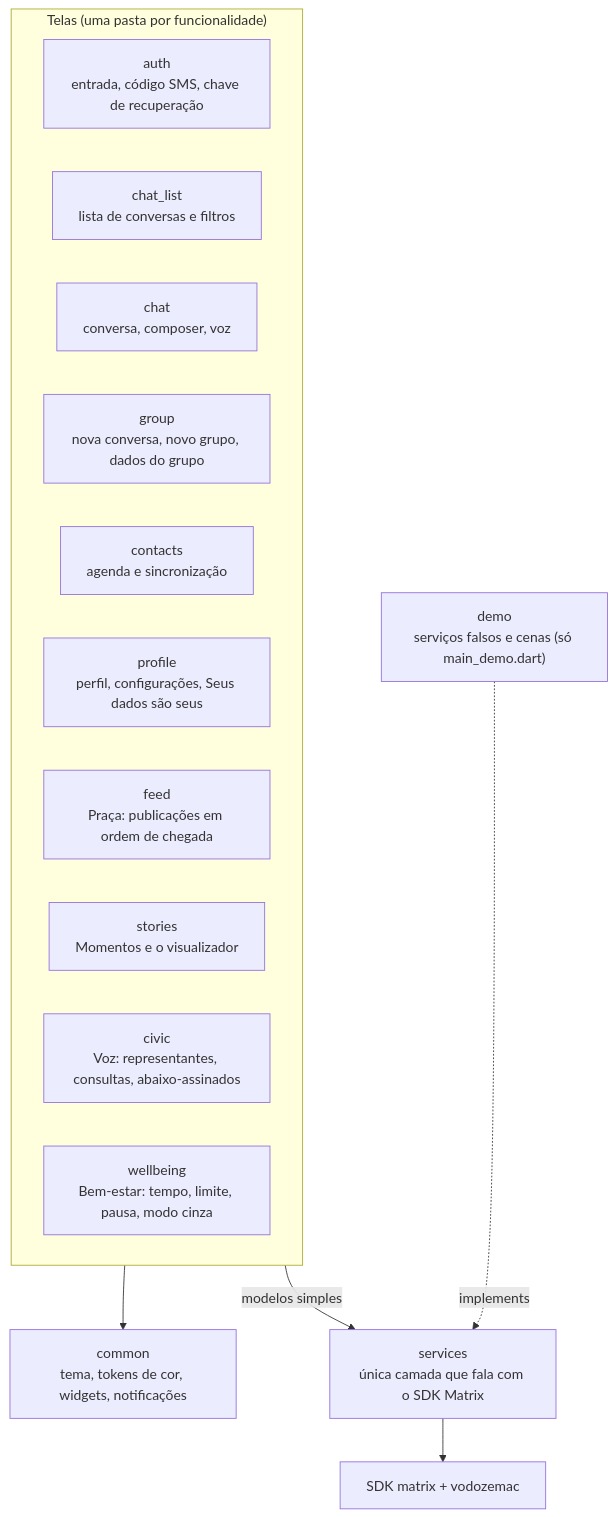
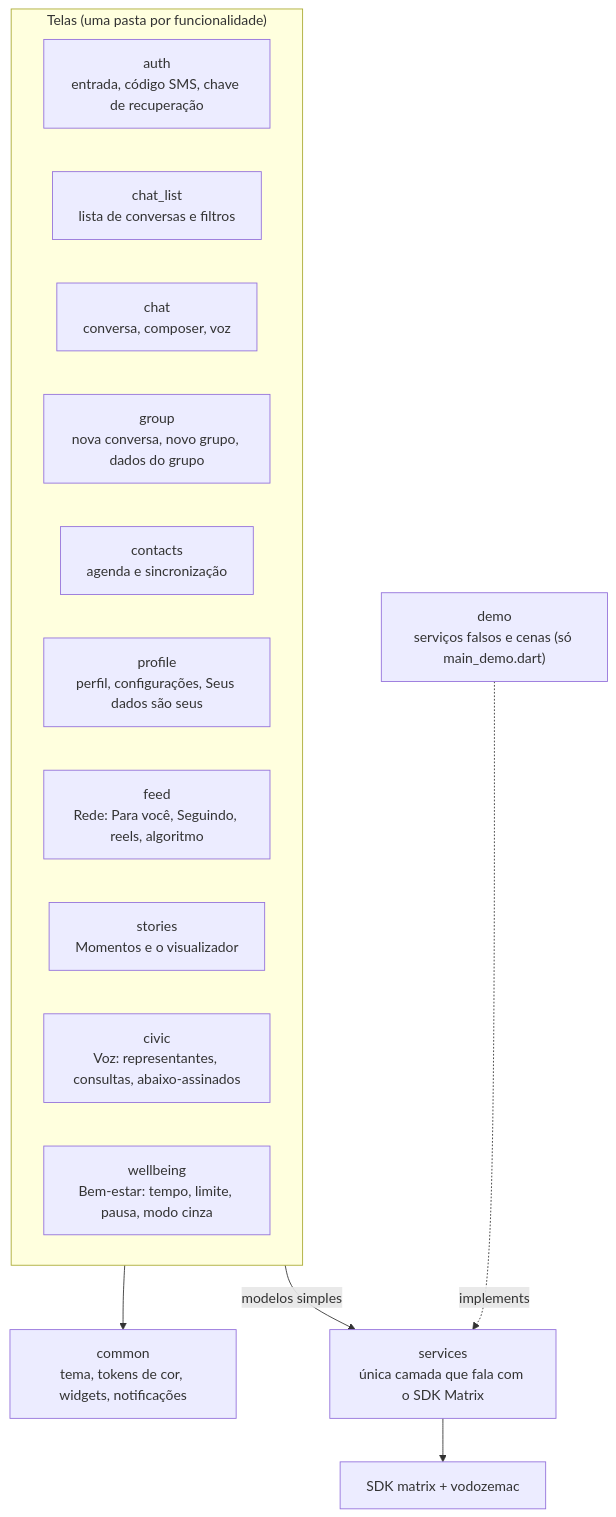
Before and after one commit to kaiomp/alo: the diagram in app/README.md, drawn with Mermaid. The commit also changed other lines of this file and 3 other files, not shown here.

````diff
--- a/app/README.md
+++ b/app/README.md
@@ -44,23 +44,23 @@
 ```mermaid
 flowchart TD
     subgraph telas["Telas (uma pasta por funcionalidade)"]
         auth["auth<br/>entrada, código SMS, chave de recuperação"]
         list["chat_list<br/>lista de conversas e filtros"]
         chat["chat<br/>conversa, composer, voz"]
         group["group<br/>nova conversa, novo grupo, dados do grupo"]
         contacts["contacts<br/>agenda e sincronização"]
         profile["profile<br/>perfil, configurações, Seus dados são seus"]
-        feed["feed<br/>Praça: publicações em ordem de chegada"]
+        feed["feed<br/>Rede: Para você, Seguindo, reels, algoritmo"]
         stories["stories<br/>Momentos e o visualizador"]
         civic["civic<br/>Voz: representantes, consultas, abaixo-assinados"]
         wellbeing["wellbeing<br/>Bem-estar: tempo, limite, pausa, modo cinza"]
     end
     demo["demo<br/>serviços falsos e cenas (só main_demo.dart)"]
     common["common<br/>tema, tokens de cor, widgets, notificações"]
     services["services<br/>única camada que fala com o SDK Matrix"]
     sdk["SDK matrix + vodozemac"]
     telas --> common
     telas -- "modelos simples" --> services
     services --> sdk
     demo -. "implements" .-> services
 ```
````
